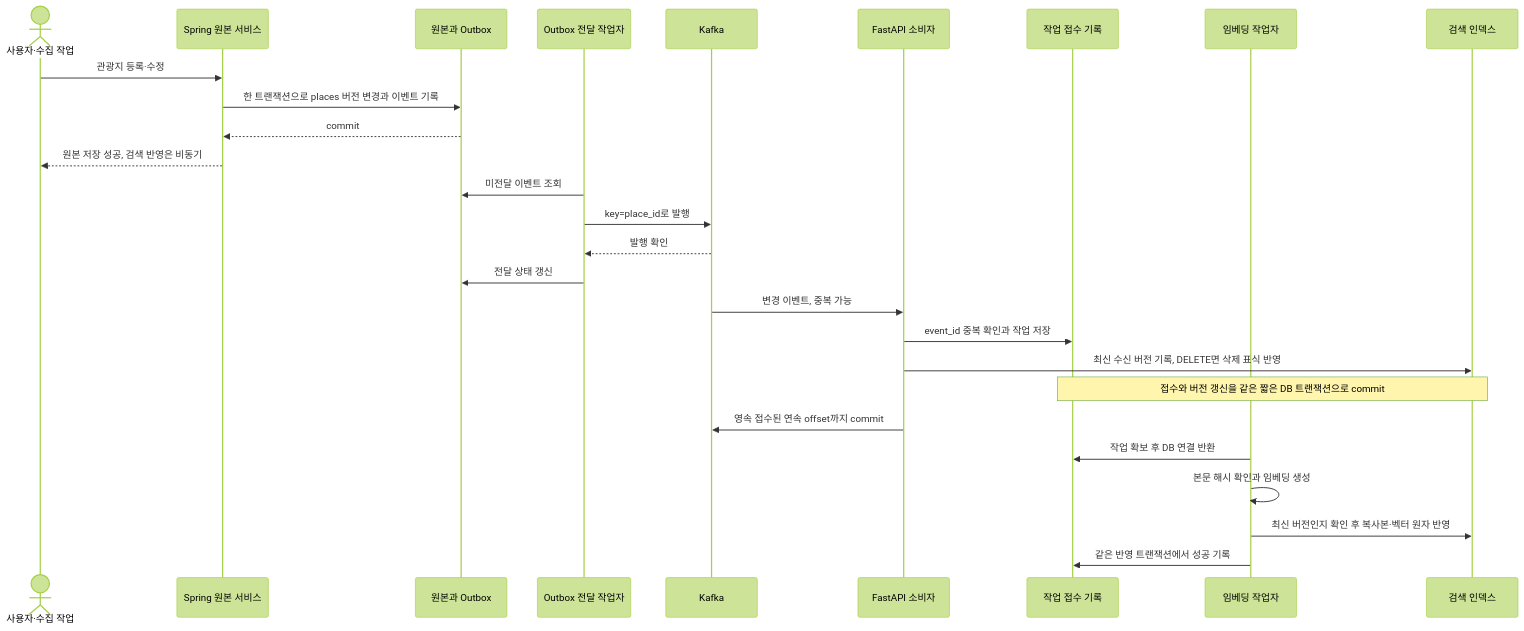
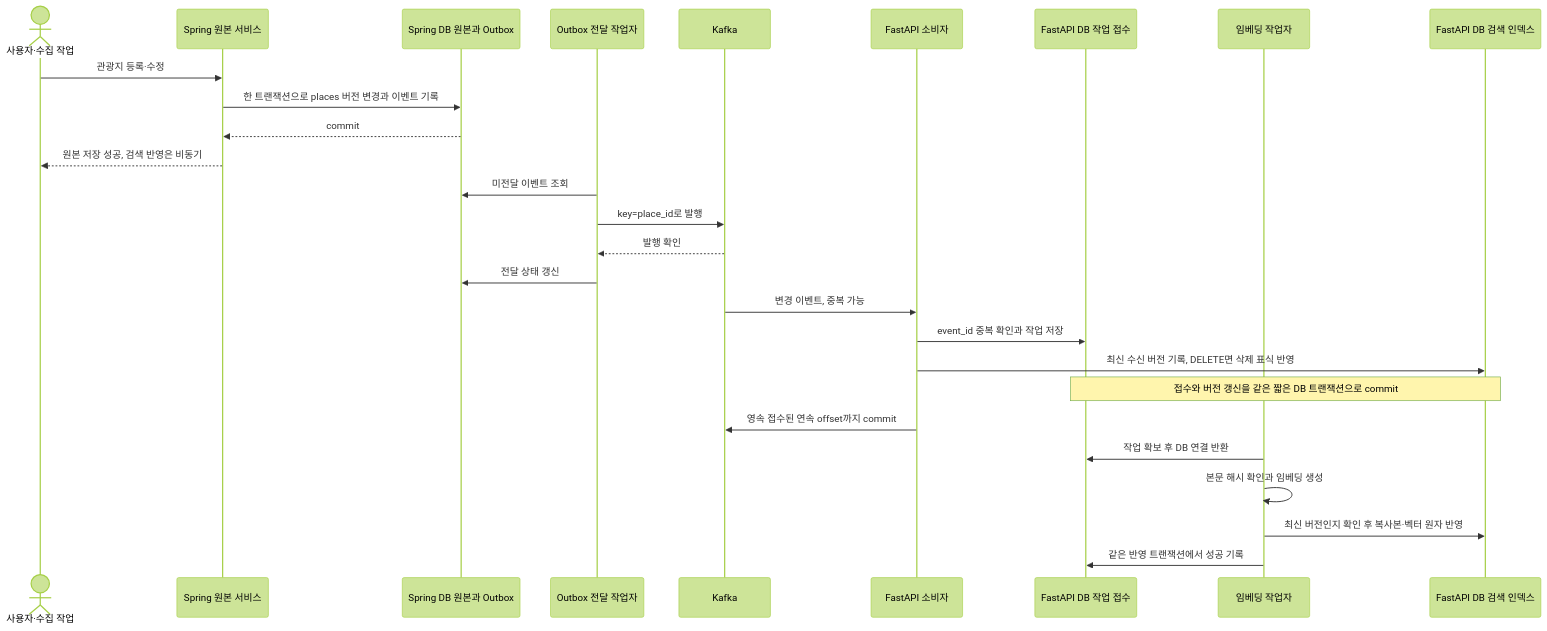
The second of 3 diagrams in docs/architecture/fastapi-place-recommendation.md (yollo4179/TravelMate), drawn with Mermaid (forest theme) before and after one commit. The commit also changed other lines of this file and 5 other files, not shown here.

````diff
--- a/docs/architecture/fastapi-place-recommendation.md
+++ b/docs/architecture/fastapi-place-recommendation.md
@@ -48,29 +35,29 @@
 ```mermaid
 sequenceDiagram
     actor User as 사용자·수집 작업
     participant Spring as Spring 원본 서비스
-    participant DB as 원본과 Outbox
+    participant DB as Spring DB 원본과 Outbox
     participant Relay as Outbox 전달 작업자
     participant Kafka as Kafka
     participant Consumer as FastAPI 소비자
-    participant Jobs as 작업 접수 기록
+    participant Jobs as FastAPI DB 작업 접수
     participant Worker as 임베딩 작업자
-    participant Index as 검색 인덱스
+    participant Index as FastAPI DB 검색 인덱스
     User->>Spring: 관광지 등록·수정
     Spring->>DB: 한 트랜잭션으로 places 버전 변경과 이벤트 기록
     DB-->>Spring: commit
     Spring-->>User: 원본 저장 성공, 검색 반영은 비동기
     Relay->>DB: 미전달 이벤트 조회
     Relay->>Kafka: key=place_id로 발행
     Kafka-->>Relay: 발행 확인
     Relay->>DB: 전달 상태 갱신
     Kafka->>Consumer: 변경 이벤트, 중복 가능
     Consumer->>Jobs: event_id 중복 확인과 작업 저장
     Consumer->>Index: 최신 수신 버전 기록, DELETE면 삭제 표식 반영
     Note over Jobs,Index: 접수와 버전 갱신을 같은 짧은 DB 트랜잭션으로 commit
     Consumer->>Kafka: 영속 접수된 연속 offset까지 commit
     Worker->>Jobs: 작업 확보 후 DB 연결 반환
     Worker->>Worker: 본문 해시 확인과 임베딩 생성
     Worker->>Index: 최신 버전인지 확인 후 복사본·벡터 원자 반영
     Worker->>Jobs: 같은 반영 트랜잭션에서 성공 기록
 ```
````
